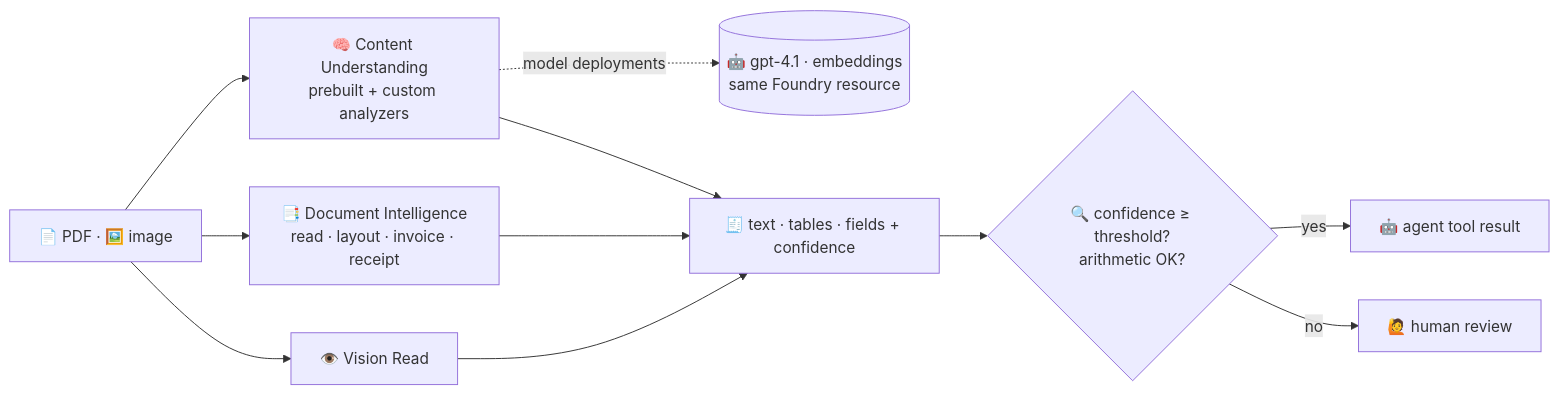
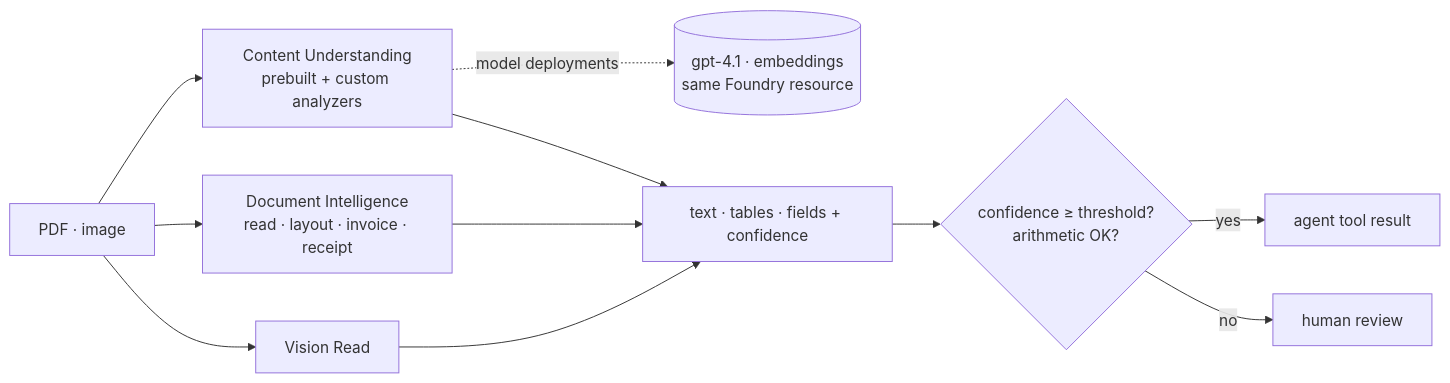
Before and after one commit to nampacx/MS-Foundry-from-0-to-hero: the diagram in docs/foundry-tools.md, drawn with Mermaid. The commit also changed other lines of this file and 37 other files, not shown here.

````diff
--- a/docs/foundry-tools.md
+++ b/docs/foundry-tools.md
@@ -19,11 +19,11 @@
 ```mermaid
 flowchart LR
-  D[📄 PDF · 🖼️ image] --> V[👁️ Vision Read]
-  D --> DI[📑 Document Intelligence<br/>read · layout · invoice · receipt]
-  D --> CU[🧠 Content Understanding<br/>prebuilt + custom analyzers]
-  CU -.->|model deployments| M[(🤖 gpt-4.1 · embeddings<br/>same Foundry resource)]
-  V & DI & CU --> F[🧾 text · tables · fields + confidence]
-  F --> C{🔍 confidence ≥ threshold?<br/>arithmetic OK?}
-  C -->|yes| A[🤖 agent tool result]
-  C -->|no| H[🙋 human review]
+  D[PDF · image] --> V[Vision Read]
+  D --> DI[Document Intelligence<br/>read · layout · invoice · receipt]
+  D --> CU[Content Understanding<br/>prebuilt + custom analyzers]
+  CU -.->|model deployments| M[(gpt-4.1 · embeddings<br/>same Foundry resource)]
+  V & DI & CU --> F[text · tables · fields + confidence]
+  F --> C{confidence ≥ threshold?<br/>arithmetic OK?}
+  C -->|yes| A[agent tool result]
+  C -->|no| H[human review]
 ```
````
